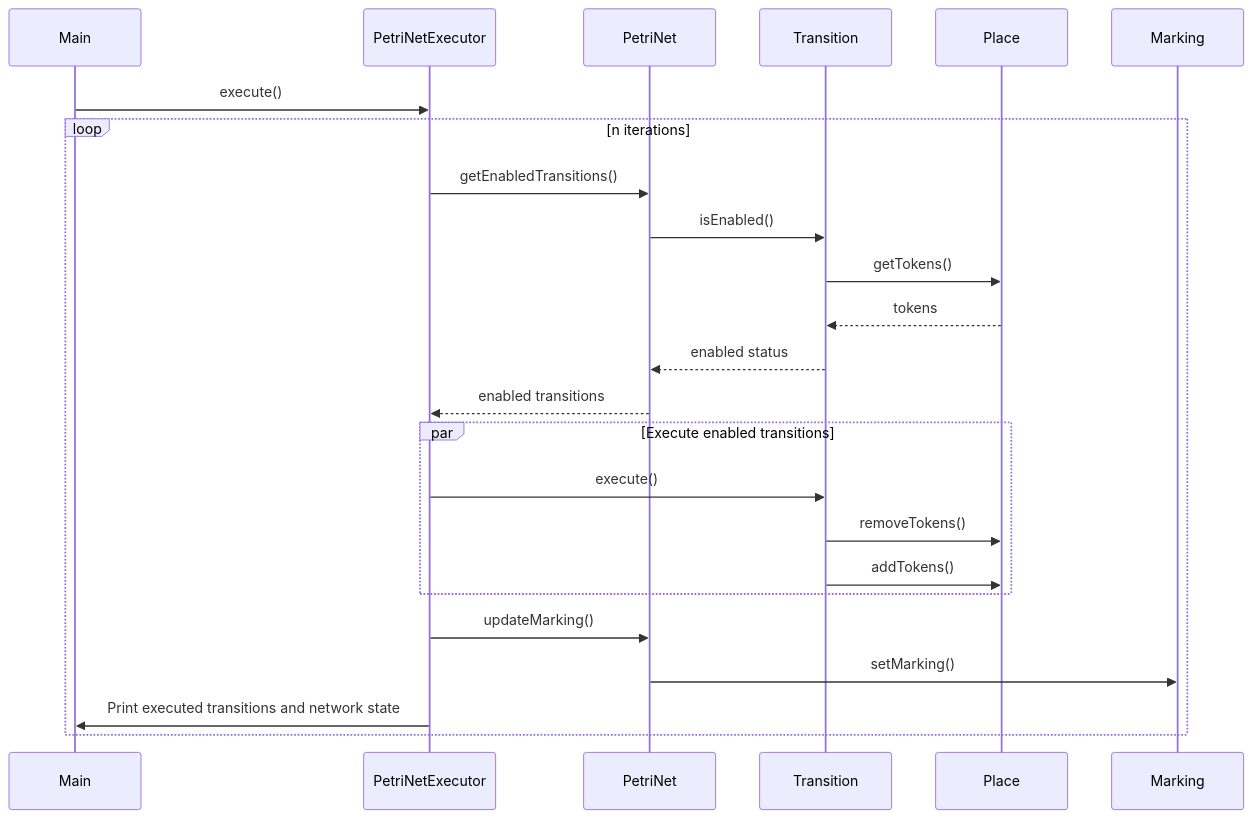
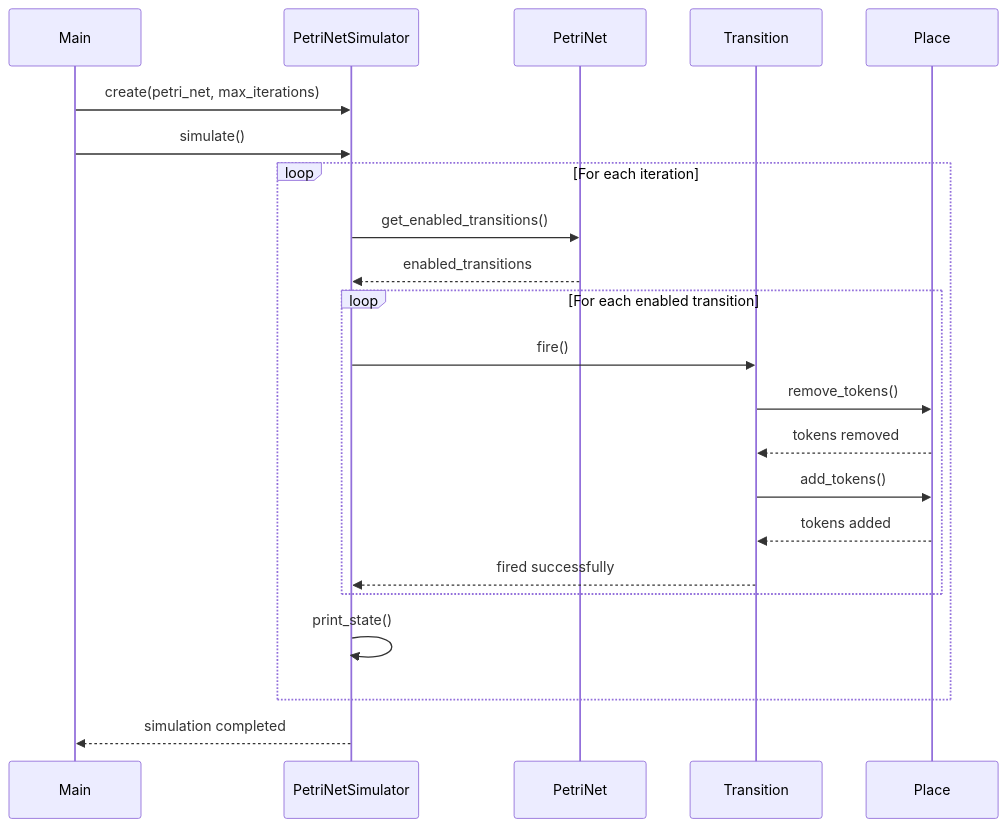
Before and after one commit to Leomconti/petri-nets: the second of 2 diagrams in README.md, drawn with Mermaid. The commit also changed other lines of this file and 1 other file, not shown here.

````diff
--- a/README.md
+++ b/README.md
@@ -53,29 +117,25 @@
 ```mermaid
 sequenceDiagram
-    participant Main
-    participant PetriNetExecutor
-    participant PetriNet
-    participant Transition
-    participant Place
-    participant Marking
+participant Main
+participant PNS as PetriNetSimulator
+participant PN as PetriNet
+participant T as Transition
+participant P as Place
 
-    Main->>PetriNetExecutor: execute()
-    loop n iterations
-        PetriNetExecutor->>PetriNet: getEnabledTransitions()
-        PetriNet->>Transition: isEnabled()
-        Transition->>Place: getTokens()
-        Place-->>Transition: tokens
-        Transition-->>PetriNet: enabled status
-        PetriNet-->>PetriNetExecutor: enabled transitions
-
-        par Execute enabled transitions
-            PetriNetExecutor->>Transition: execute()
-            Transition->>Place: removeTokens()
-            Transition->>Place: addTokens()
+    Main->>PNS: create(petri_net, max_iterations)
+    Main->>PNS: simulate()
+    loop For each iteration
+        PNS->>PN: get_enabled_transitions()
+        PN-->>PNS: enabled_transitions
+        loop For each enabled transition
+            PNS->>T: fire()
+            T->>P: remove_tokens()
+            P-->>T: tokens removed
+            T->>P: add_tokens()
+            P-->>T: tokens added
+            T-->>PNS: fired successfully
         end
-
-        PetriNetExecutor->>PetriNet: updateMarking()
-        PetriNet->>Marking: setMarking()
-        PetriNetExecutor->>Main: Print executed transitions and network state
+        PNS->>PNS: print_state()
     end
+    PNS-->>Main: simulation completed
 ```
````
